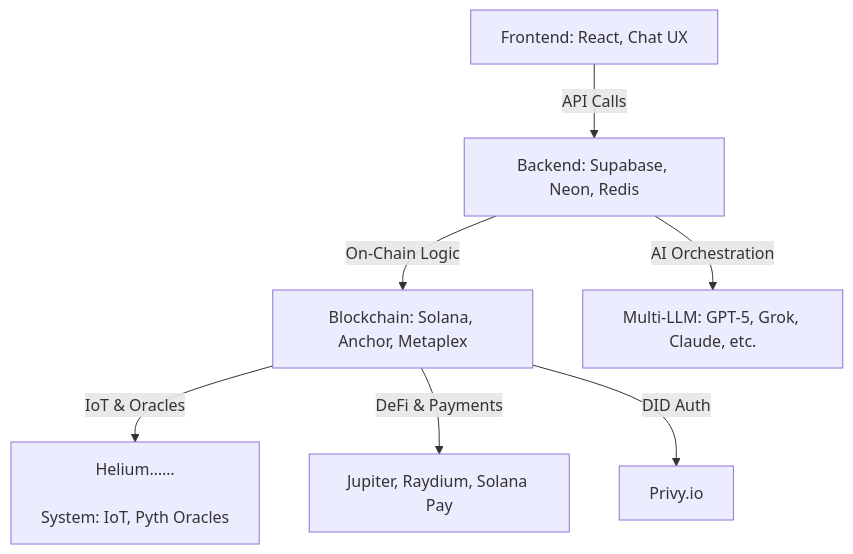
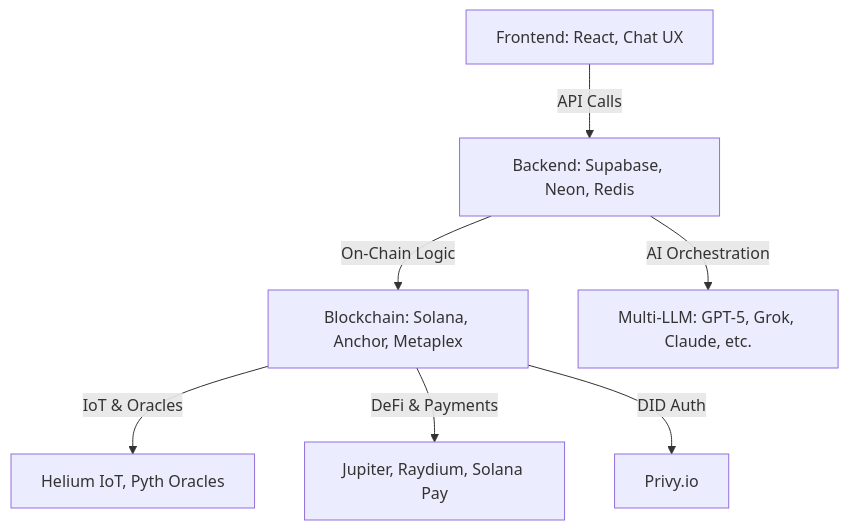
One commit to radheyjee/polymersgpt changed the first of 2 diagrams in README.md. Above: the diagram before and after it, drawn with Mermaid. The commit also changed other lines of this file, not shown here.

````diff
--- a/README.md
+++ b/README.md
@@ -55,11 +55,9 @@
 ```mermaid
 graph TD
     A[Frontend: React, Chat UX] -->|API Calls| B[Backend: Supabase, Neon, Redis]
     B -->|On-Chain Logic| C[Blockchain: Solana, Anchor, Metaplex]
-    C -->|IoT & Oracles| D[Helium……
-
-System: IoT, Pyth Oracles]
+    C -->|IoT & Oracles| D[Helium IoT, Pyth Oracles]
     C -->|DeFi & Payments| E[Jupiter, Raydium, Solana Pay]
     B -->|AI Orchestration| F[Multi-LLM: GPT-5, Grok, Claude, etc.]
     C -->|DID Auth| G[Privy.io]
 ```
````
